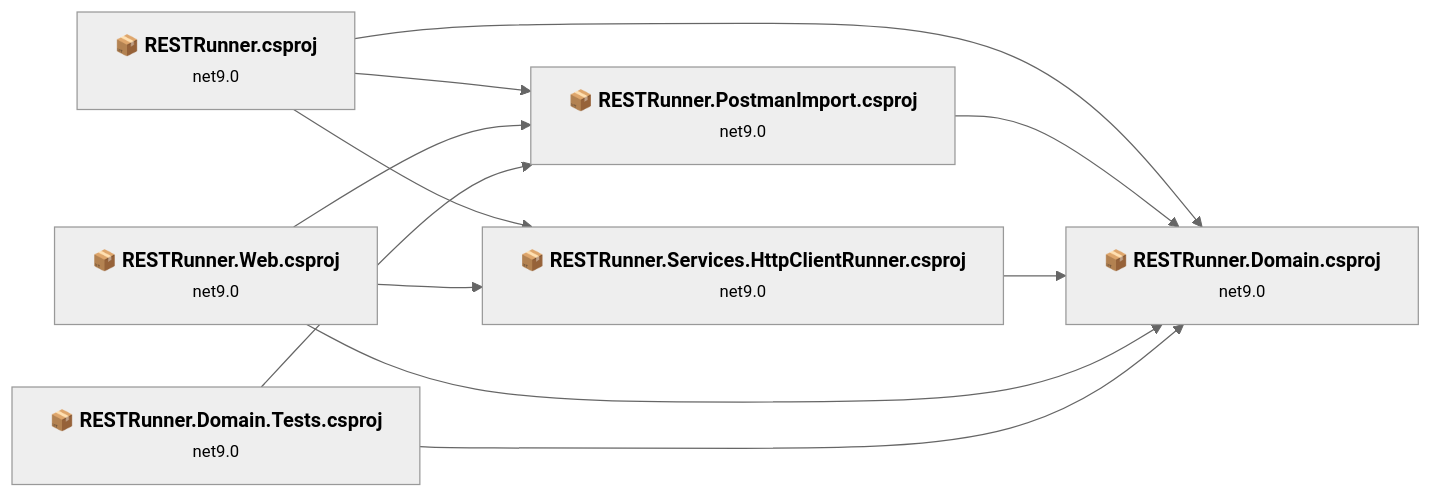
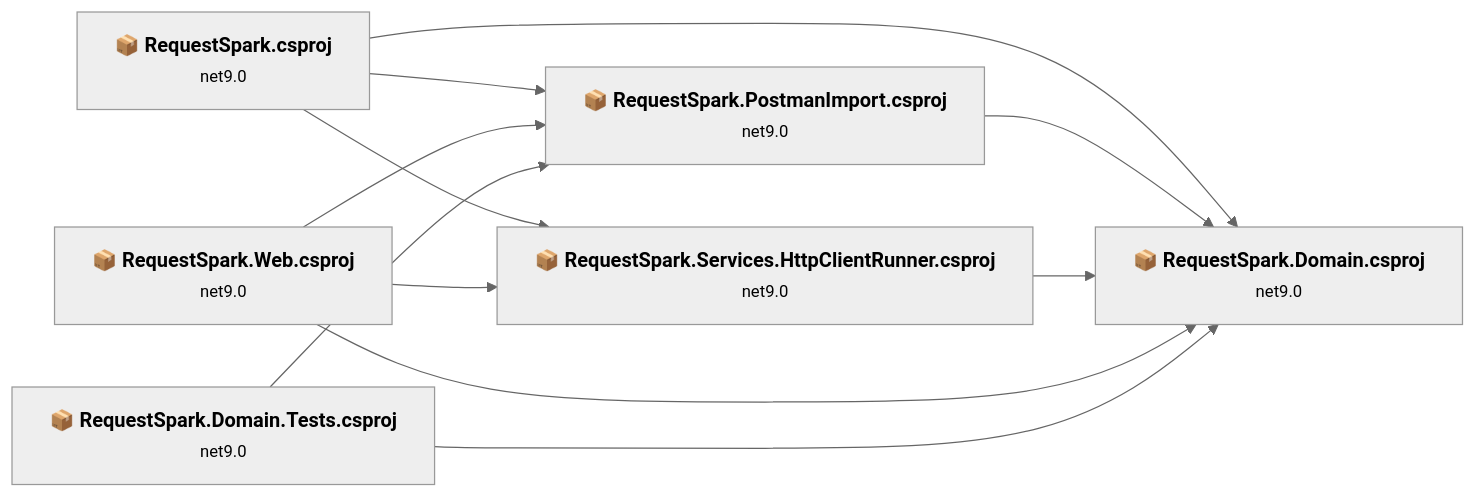
One commit to markhazleton/RESTRunner changed the first of 7 diagrams in .github/upgrades/assessment.md. Above: the diagram before and after it, drawn with Mermaid (neutral theme). The commit also changed other lines of this file and 326 other files, not shown here.

First line of the commit message:
feat(rebrand): rename RESTRunner to RequestSpark (#11)

````diff
--- a/.github/upgrades/assessment.md
+++ b/.github/upgrades/assessment.md
@@ -123,26 +125,26 @@
 ```mermaid
 flowchart LR
-    P1["<b>📦&nbsp;RESTRunner.csproj</b><br/><small>net9.0</small>"]
-    P2["<b>📦&nbsp;RESTRunner.Domain.csproj</b><br/><small>net9.0</small>"]
-    P3["<b>📦&nbsp;RESTRunner.PostmanImport.csproj</b><br/><small>net9.0</small>"]
-    P4["<b>📦&nbsp;RESTRunner.Services.HttpClientRunner.csproj</b><br/><small>net9.0</small>"]
-    P5["<b>📦&nbsp;RESTRunner.Web.csproj</b><br/><small>net9.0</small>"]
-    P6["<b>📦&nbsp;RESTRunner.Domain.Tests.csproj</b><br/><small>net9.0</small>"]
+    P1["<b>📦&nbsp;RequestSpark.csproj</b><br/><small>net9.0</small>"]
+    P2["<b>📦&nbsp;RequestSpark.Domain.csproj</b><br/><small>net9.0</small>"]
+    P3["<b>📦&nbsp;RequestSpark.PostmanImport.csproj</b><br/><small>net9.0</small>"]
+    P4["<b>📦&nbsp;RequestSpark.Services.HttpClientRunner.csproj</b><br/><small>net9.0</small>"]
+    P5["<b>📦&nbsp;RequestSpark.Web.csproj</b><br/><small>net9.0</small>"]
+    P6["<b>📦&nbsp;RequestSpark.Domain.Tests.csproj</b><br/><small>net9.0</small>"]
     P1 --> P2
     P1 --> P4
     P1 --> P3
     P3 --> P2
     P4 --> P2
     P5 --> P2
     P5 --> P4
     P5 --> P3
     P6 --> P2
     P6 --> P3
-    click P1 "#restrunnerrestrunnercsproj"
-    click P2 "#restrunnerdomainrestrunnerdomaincsproj"
-    click P3 "#restrunnerpostmanimportrestrunnerpostmanimportcsproj"
-    click P4 "#restrunnerserviceshttpclientrestrunnerserviceshttpclientrunnercsproj"
-    click P5 "#restrunnerwebrestrunnerwebcsproj"
-    click P6 "#restrunnerdomaintestsrestrunnerdomaintestscsproj"
+    click P1 "#requestsparkrequestsparkcsproj"
+    click P2 "#requestsparkdomainrequestsparkdomaincsproj"
+    click P3 "#requestsparkpostmanimportrequestsparkpostmanimportcsproj"
+    click P4 "#requestsparkserviceshttpclientrequestsparkserviceshttpclientrunnercsproj"
+    click P5 "#requestsparkwebrequestsparkwebcsproj"
+    click P6 "#requestsparkdomaintestsrequestsparkdomaintestscsproj"
 
 ```
````
